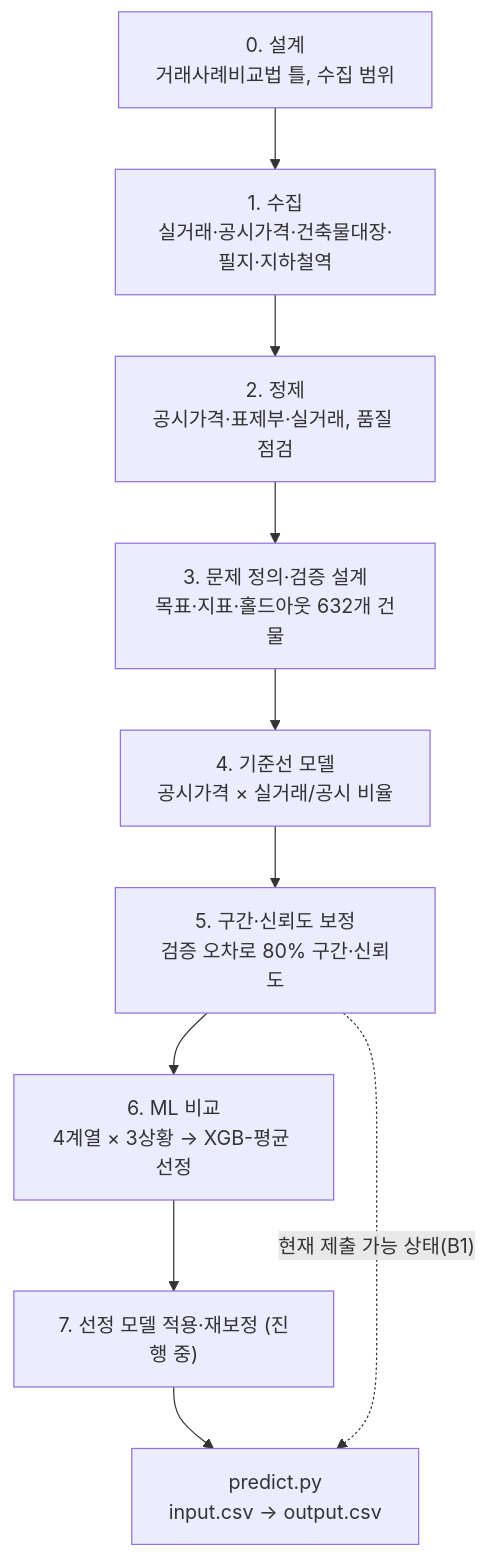
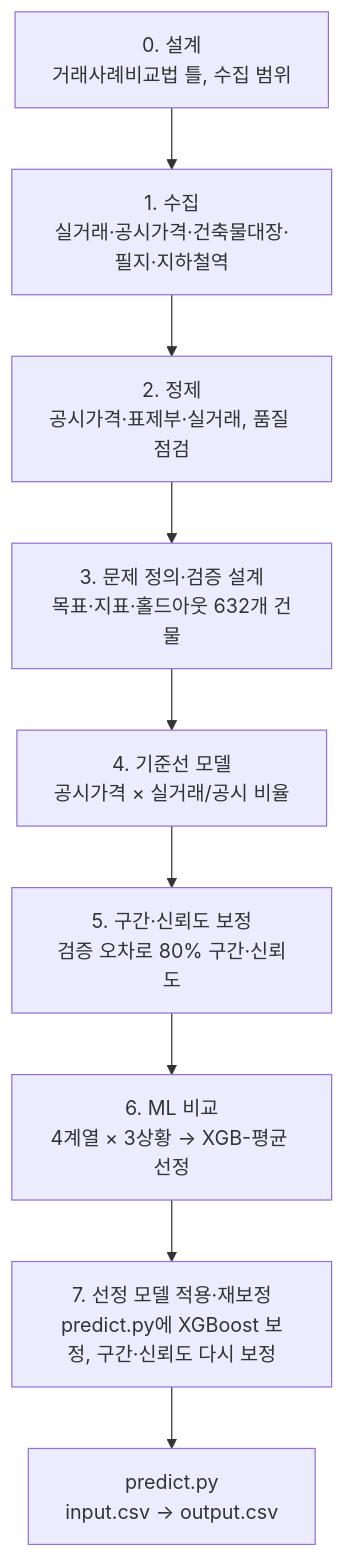
The first of 2 diagrams in docs/진행_과정.md (KimInSeok-DA/DA_Seoul_Villa_AVM), drawn with Mermaid before and after one commit. The commit also changed other lines of this file and 20 other files, not shown here.

First line of the commit message:
최종 모델 적용: predict.py에 XGBoost 보정(XGB-평균), 구간·신뢰도 재보정

````diff
--- a/docs/진행_과정.md
+++ b/docs/진행_과정.md
@@ -11,12 +11,11 @@
 ```mermaid
 flowchart TD
     A["0. 설계<br/>거래사례비교법 틀, 수집 범위"] --> B["1. 수집<br/>실거래·공시가격·건축물대장·필지·지하철역"]
     B --> C["2. 정제<br/>공시가격·표제부·실거래, 품질 점검"]
     C --> D["3. 문제 정의·검증 설계<br/>목표·지표·홀드아웃 632개 건물"]
     D --> E["4. 기준선 모델<br/>공시가격 × 실거래/공시 비율"]
     E --> F["5. 구간·신뢰도 보정<br/>검증 오차로 80% 구간·신뢰도"]
     F --> G["6. ML 비교<br/>4계열 × 3상황 → XGB-평균 선정"]
-    G --> G2["7. 선정 모델 적용·재보정 (진행 중)"]
+    G --> G2["7. 선정 모델 적용·재보정<br/>predict.py에 XGBoost 보정, 구간·신뢰도 다시 보정"]
     G2 --> H["predict.py<br/>input.csv → output.csv"]
-    F -.현재 제출 가능 상태(B1).-> H
 ```
````
